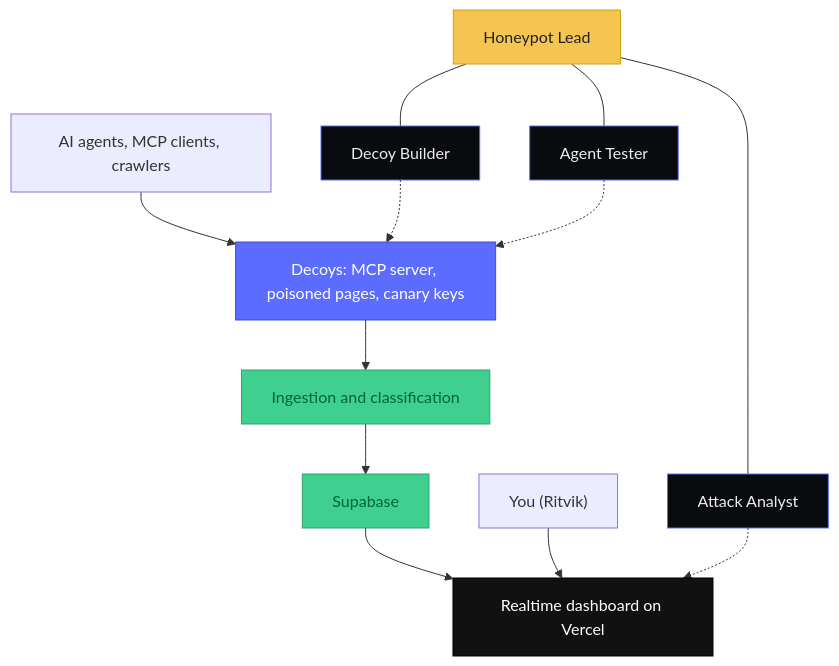
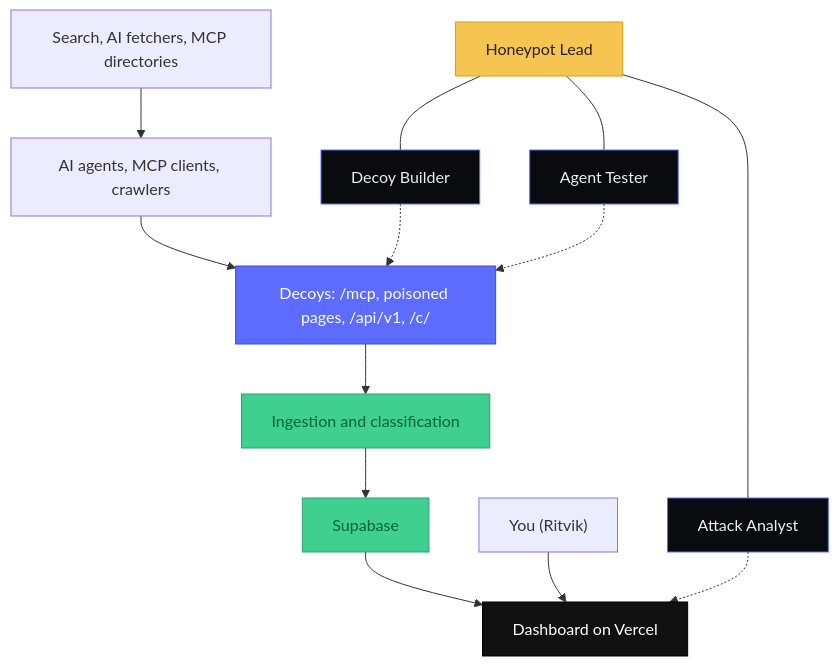
The diagram in README.md (ritvikindupuri/AgentPot), drawn with Mermaid before and after one commit. The commit also changed other lines of this file and 19 other files, not shown here.

First line of the commit message:
Move public bait to opaque paths and refresh the architecture diagram.

````diff
--- a/README.md
+++ b/README.md
@@ -53,26 +53,27 @@
 ```mermaid
 flowchart TD
-  A["AI agents, MCP clients, crawlers"] --> D["Decoys: MCP server, poisoned pages, canary keys"]
+  Src["Search, AI fetchers, MCP directories"] --> A["AI agents, MCP clients, crawlers"]
+  A --> D["Decoys: /mcp, poisoned pages, /api/v1, /c/<token>"]
   D --> C["Ingestion and classification"]
   C --> S["Supabase"]
-  S --> V["Realtime dashboard on Vercel"]
+  S --> V["Dashboard on Vercel"]
   You["You (Ritvik)"] --> V
 
   L["Honeypot Lead"] --- B["Decoy Builder"]
   L --- N["Attack Analyst"]
   L --- X["Agent Tester"]
   B -.-> D
   N -.-> V
   X -.-> D
 
   classDef lead fill:#F5C451,color:#1F2328,stroke:#D4A017
   classDef decoy fill:#5B6CFF,color:#fff,stroke:#3D4ED1
   classDef store fill:#3FCF8E,color:#063,stroke:#2EA16F
   classDef ui fill:#111,color:#fff,stroke:#000
   classDef spec fill:#0A0B0E,color:#EDEEF0,stroke:#5B6CFF
   class L lead
   class D decoy
   class C,S store
   class V ui
   class B,N,X spec
 ```
````
